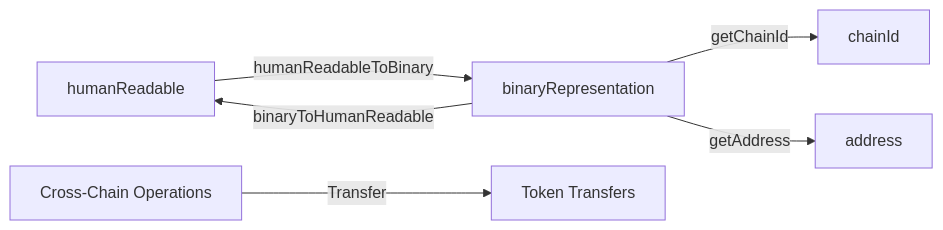
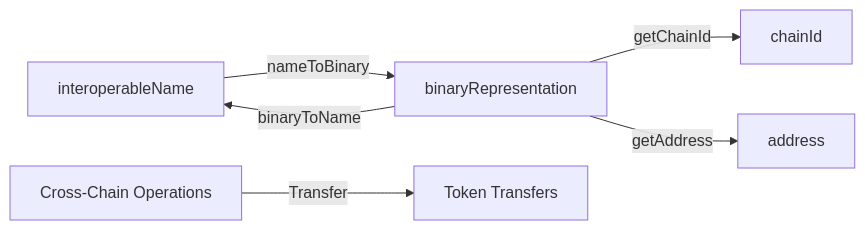
One commit to defi-wonderland/interop-sdk changed the diagram in apps/sdk/README.md. Above: the diagram before and after it, drawn with Mermaid. The commit also changed other lines of this file and 8 other files, not shown here.

````diff
--- a/apps/sdk/README.md
+++ b/apps/sdk/README.md
@@ -11,15 +11,15 @@
 ```mermaid
 graph LR
-    A[humanReadable]
+    A[interoperableName]
     C[binaryRepresentation]
     D[chainId]
     E[address]
     F[Cross-Chain Operations]
     G[Token Transfers]
 
-    A -->|humanReadableToBinary| C
-    C -->|binaryToHumanReadable| A
+    A -->|nameToBinary| C
+    C -->|binaryToName| A
     C -->|getChainId| D
     C -->|getAddress| E
     F -->|Transfer| G
 ```
````
